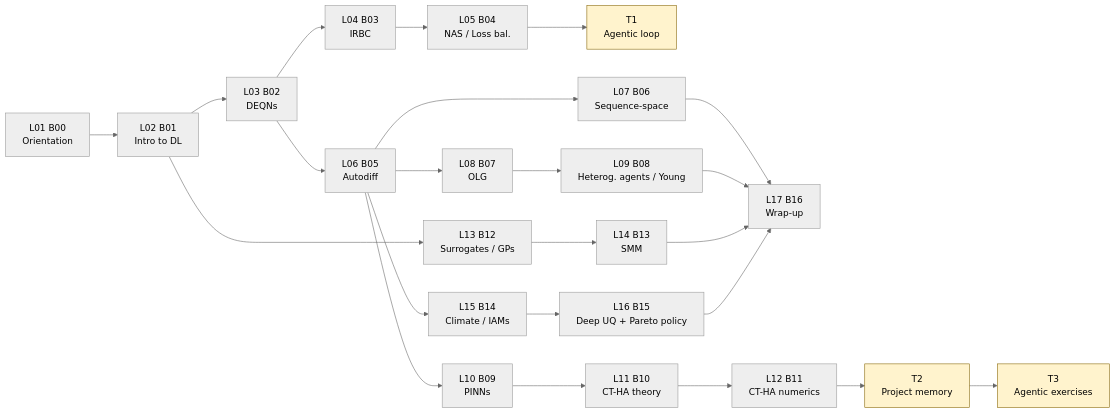
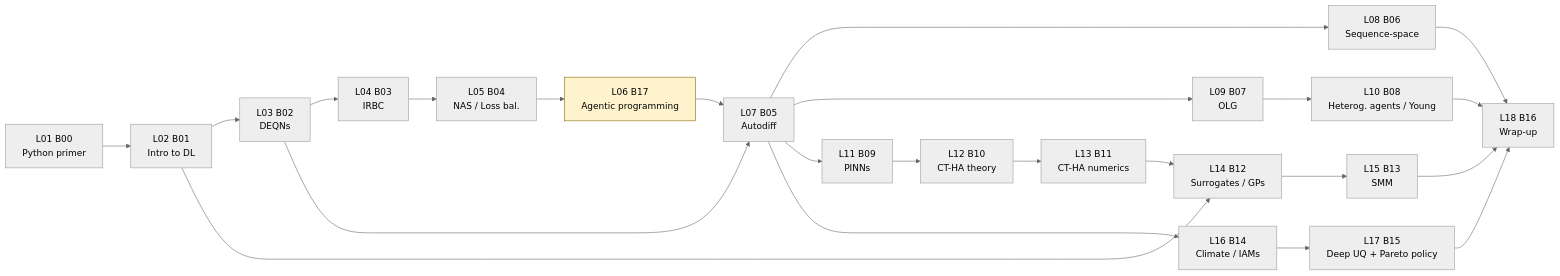
One commit to josemonge85/Deep_Learning_for_Solving_And_Estimating_Dynamic_Economic_Models changed the diagram in COURSE_MAP.md. Above: the diagram before and after it, drawn with Mermaid (neutral theme). The commit also changed other lines of this file and 317 other files, not shown here.

First line of the commit message:
Promote agentic-programming toolkit to a regular Lecture 06

````diff
--- a/COURSE_MAP.md
+++ b/COURSE_MAP.md
@@ -19,30 +16,28 @@
 ```mermaid
 flowchart LR
-  L01[L01 B00<br/>Orientation] --> L02
+  L01[L01 B00<br/>Python primer] --> L02
   L02[L02 B01<br/>Intro to DL] --> L03
-  L02 --> L13
+  L02 --> L14
   L03[L03 B02<br/>DEQNs] --> L04
-  L03 --> L06
+  L03 --> L07
   L04[L04 B03<br/>IRBC] --> L05
-  L05[L05 B04<br/>NAS / Loss bal.] --> T1[T1<br/>Agentic loop]
-  L06[L06 B05<br/>Autodiff] --> L07
-  L06 --> L08
-  L06 --> L10
-  L06 --> L15
-  L07[L07 B06<br/>Sequence-space] --> L17
-  L08[L08 B07<br/>OLG] --> L09
-  L09[L09 B08<br/>Heterog. agents / Young] --> L17
-  L10[L10 B09<br/>PINNs] --> L11
-  L11[L11 B10<br/>CT-HA theory] --> L12
-  L12[L12 B11<br/>CT-HA numerics] --> T2[T2<br/>Project memory]
-  T2 --> T3[T3<br/>Agentic exercises]
-  L13[L13 B12<br/>Surrogates / GPs] --> L14
-  L14[L14 B13<br/>SMM] --> L17
-  L15[L15 B14<br/>Climate / IAMs] --> L16
-  L16[L16 B15<br/>Deep UQ + Pareto policy] --> L17
-  L17[L17 B16<br/>Wrap-up]
+  L05[L05 B04<br/>NAS / Loss bal.] --> L06
+  L06[L06 B17<br/>Agentic programming] --> L07
+  L07[L07 B05<br/>Autodiff] --> L08
+  L07 --> L09
+  L07 --> L11
+  L07 --> L16
+  L08[L08 B06<br/>Sequence-space] --> L18
+  L09[L09 B07<br/>OLG] --> L10
+  L10[L10 B08<br/>Heterog. agents / Young] --> L18
+  L11[L11 B09<br/>PINNs] --> L12
+  L12[L12 B10<br/>CT-HA theory] --> L13
+  L13[L13 B11<br/>CT-HA numerics] --> L14
+  L14[L14 B12<br/>Surrogates / GPs] --> L15
+  L15[L15 B13<br/>SMM] --> L18
+  L16[L16 B14<br/>Climate / IAMs] --> L17
+  L17[L17 B15<br/>Deep UQ + Pareto policy] --> L18
+  L18[L18 B16<br/>Wrap-up]
 
-  style T1 fill:#fff3cd,stroke:#856404
-  style T2 fill:#fff3cd,stroke:#856404
-  style T3 fill:#fff3cd,stroke:#856404
+  style L06 fill:#fff3cd,stroke:#856404
 ```
````
